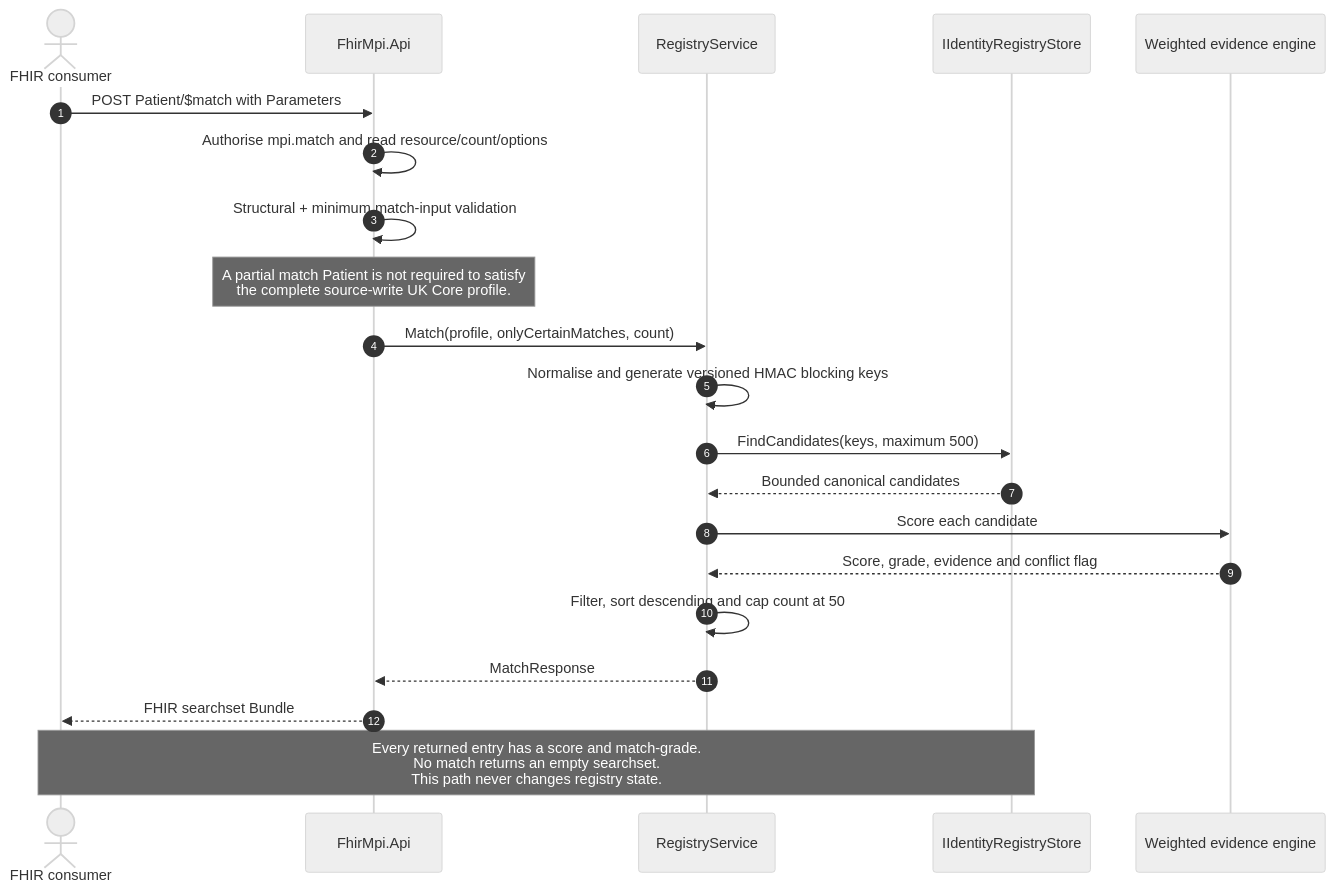
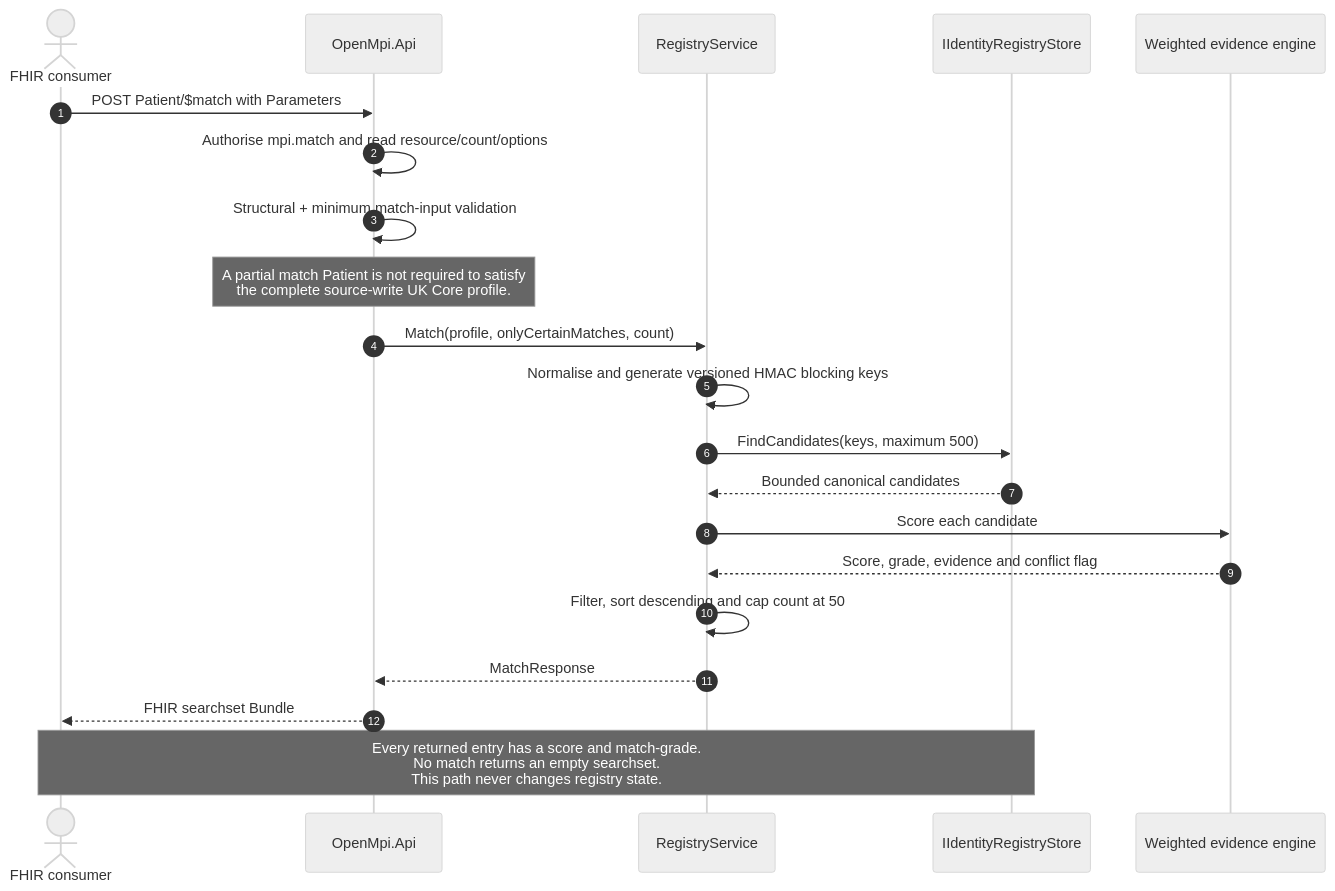
One commit to Lumbridge/FhirMpi changed the fourth of 9 diagrams in docs/core-paths.md. Above: the diagram before and after it, drawn with Mermaid (neutral theme). The commit also changed other lines of this file and 308 other files, not shown here.

Commit message:
Rebrand FhirMpi as OpenMPI

````diff
--- a/docs/core-paths.md
+++ b/docs/core-paths.md
@@ -180,24 +180,24 @@
 ```mermaid
 sequenceDiagram
     autonumber
     actor Consumer as FHIR consumer
-    participant API as FhirMpi.Api
+    participant API as OpenMpi.Api
     participant Registry as RegistryService
     participant Store as IIdentityRegistryStore
     participant Matcher as Weighted evidence engine
 
     Consumer->>API: POST Patient/$match with Parameters
     API->>API: Authorise mpi.match and read resource/count/options
     API->>API: Structural + minimum match-input validation
     Note over API: A partial match Patient is not required to satisfy<br/>the complete source-write UK Core profile.
     API->>Registry: Match(profile, onlyCertainMatches, count)
     Registry->>Registry: Normalise and generate versioned HMAC blocking keys
     Registry->>Store: FindCandidates(keys, maximum 500)
     Store-->>Registry: Bounded canonical candidates
     Registry->>Matcher: Score each candidate
     Matcher-->>Registry: Score, grade, evidence and conflict flag
     Registry->>Registry: Filter, sort descending and cap count at 50
     Registry-->>API: MatchResponse
     API-->>Consumer: FHIR searchset Bundle
     Note over Consumer,Store: Every returned entry has a score and match-grade.<br/>No match returns an empty searchset.<br/>This path never changes registry state.
 ```
````
